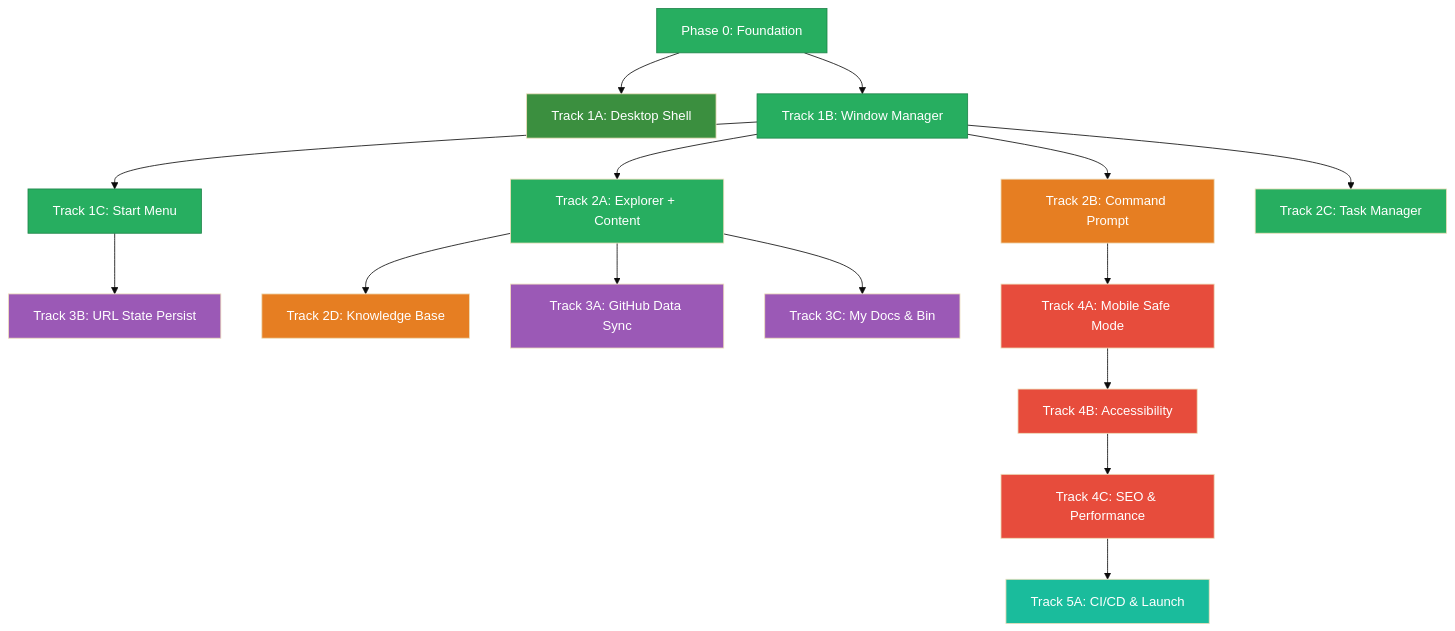
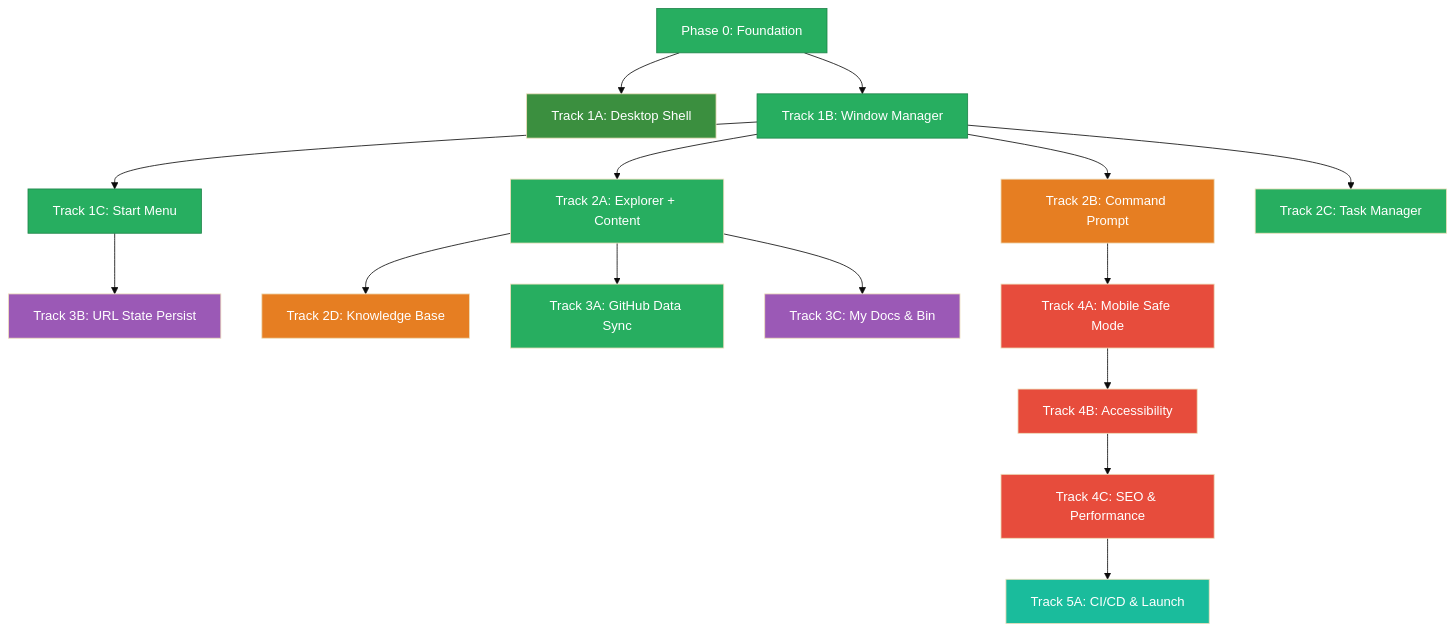
The second of 2 diagrams in docs/ROADMAP.md (mansyar/portfolio-v3), drawn with Mermaid (base theme) before and after one commit. The commit also changed other lines of this file and 6 other files, not shown here.

Commit message:
docs(conductor): Synchronize PRD, TDD, and ROADMAP for Track 3A completion

````diff
--- a/docs/ROADMAP.md
+++ b/docs/ROADMAP.md
@@ -803,33 +848,33 @@
 ```mermaid
 graph TD
     P0[Phase 0: Foundation] --> T1A[Track 1A: Desktop Shell]
     P0 --> T1B[Track 1B: Window Manager]
     T1B --> T1C[Track 1C: Start Menu]
     T1B --> T2A[Track 2A: Explorer + Content]
     T1B --> T2B[Track 2B: Command Prompt]
     T1B --> T2C[Track 2C: Task Manager]
     T2A --> T2D[Track 2D: Knowledge Base]
     T2A --> T3A[Track 3A: GitHub Data Sync]
     T1C --> T3B[Track 3B: URL State Persist]
     T2A --> T3C[Track 3C: My Docs & Bin]
     T2B --> T4A[Track 4A: Mobile Safe Mode]
     T4A --> T4B[Track 4B: Accessibility]
     T4B --> T4C[Track 4C: SEO & Performance]
     T4C --> T5A[Track 5A: CI/CD & Launch]
 
     style P0 fill:#27ae60,color:#fff,stroke:#1e8449
     style T1A fill:#3b8f3f,color:#fff
     style T1B fill:#27ae60,color:#fff,stroke:#1e8449
     style T1C fill:#27ae60,color:#fff,stroke:#1e8449
     style T2A fill:#27ae60,color:#fff
     style T2B fill:#e67e22,color:#fff
     style T2C fill:#27ae60,color:#fff
     style T2D fill:#e67e22,color:#fff
-    style T3A fill:#9b59b6,color:#fff
+    style T3A fill:#27ae60,color:#fff
     style T3B fill:#9b59b6,color:#fff
     style T3C fill:#9b59b6,color:#fff
     style T4A fill:#e74c3c,color:#fff
     style T4B fill:#e74c3c,color:#fff
     style T4C fill:#e74c3c,color:#fff
     style T5A fill:#1abc9c,color:#fff
 ```
````
